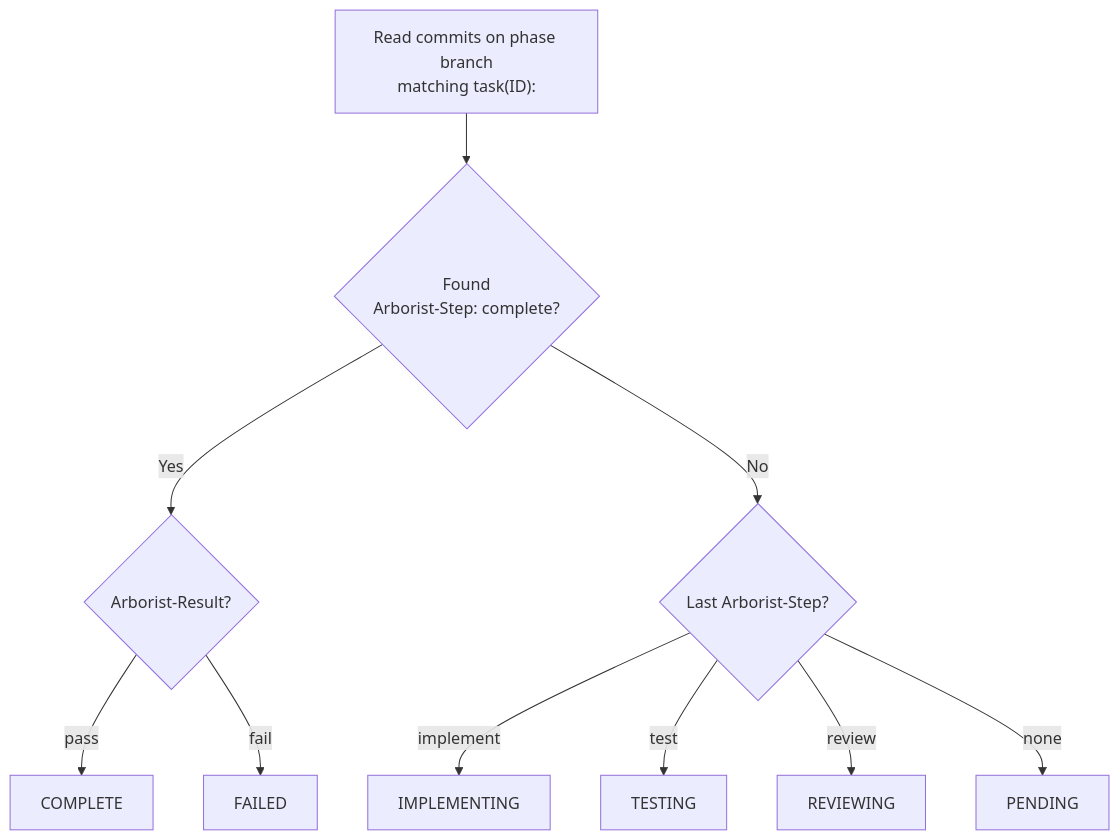
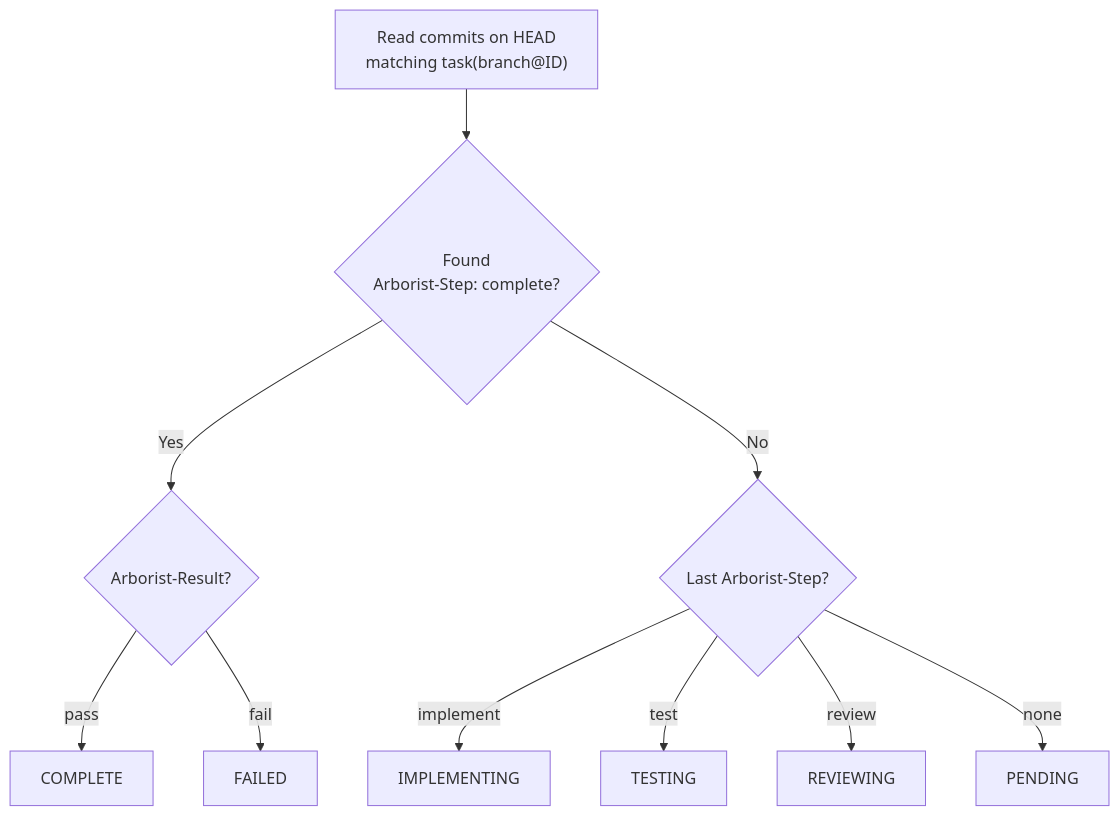
Before and after one commit to pennyworth-tech/agent-arborist: the first of 2 diagrams in docs/manual/06-git-integration.md, drawn with Mermaid. The commit also changed other lines of this file and 37 other files, not shown here.

````diff
--- a/docs/manual/06-git-integration.md
+++ b/docs/manual/06-git-integration.md
@@ -65,12 +74,12 @@
 ```mermaid
 flowchart TD
-    A["Read commits on phase branch<br/>matching task(ID):"] --> B{Found<br/>Arborist-Step: complete?}
+    A["Read commits on HEAD<br/>matching task(branch@ID)"] --> B{Found<br/>Arborist-Step: complete?}
     B -- Yes --> C{Arborist-Result?}
     C -- pass --> D["COMPLETE"]
     C -- fail --> E["FAILED"]
     B -- No --> F{Last Arborist-Step?}
     F -- implement --> G["IMPLEMENTING"]
     F -- test --> H["TESTING"]
     F -- review --> I["REVIEWING"]
     F -- none --> J["PENDING"]
 ```
````
